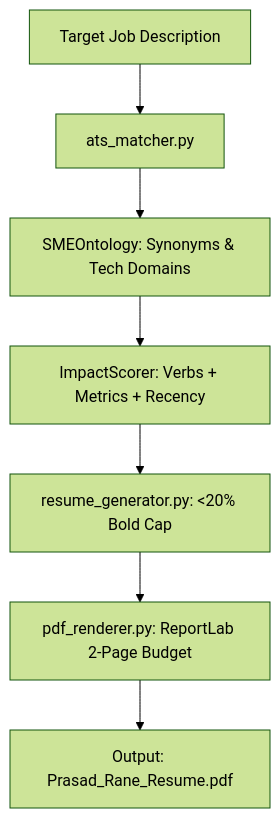
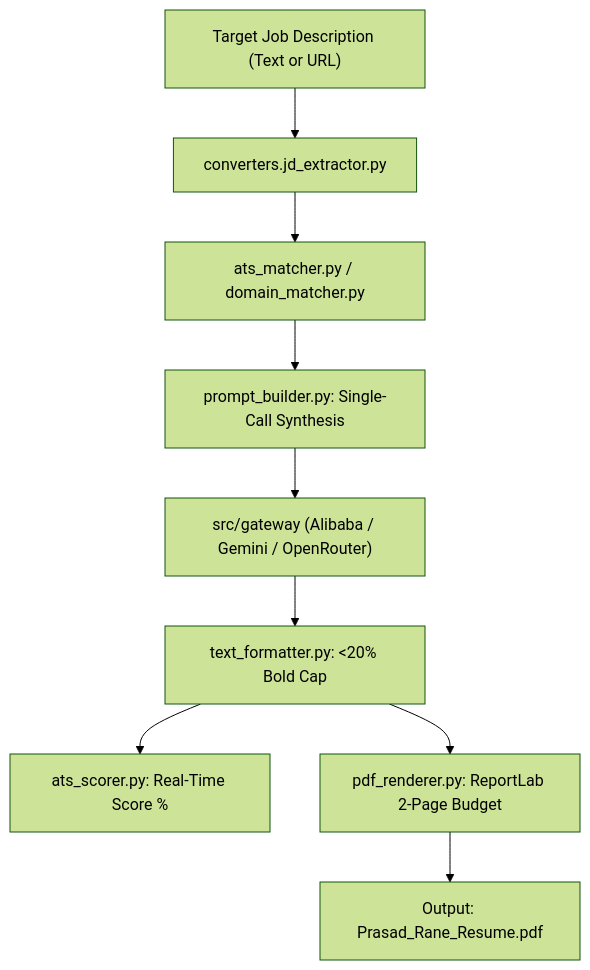
Before and after one commit to prasadrane/Prasad-Resumes-GraphRAG: the diagram in docs/hierarchical/src/generators/README.md, drawn with Mermaid (forest theme). The commit also changed other lines of this file and 45 other files, not shown here.

Commit message:
feat(refactor & ats): modularize resume generators, add real-time ATS scoring, JD URL extraction, and refresh architecture

````diff
--- a/docs/hierarchical/src/generators/README.md
+++ b/docs/hierarchical/src/generators/README.md
@@ -31,9 +40,11 @@
 ```mermaid
 flowchart TD
-    JD["Target Job Description"] --> ATS[ats_matcher.py]
-    ATS --> Onto[SMEOntology: Synonyms & Tech Domains]
-    Onto --> Scorer[ImpactScorer: Verbs + Metrics + Recency]
-    Scorer --> Gen[resume_generator.py: <20% Bold Cap]
-    Gen --> PDF[pdf_renderer.py: ReportLab 2-Page Budget]
+    JD["Target Job Description (Text or URL)"] --> Extractor[converters.jd_extractor.py]
+    Extractor --> ATS[ats_matcher.py / domain_matcher.py]
+    ATS --> Prompt[prompt_builder.py: Single-Call Synthesis]
+    Prompt --> Gateway["src/gateway (Alibaba / Gemini / OpenRouter)"]
+    Gateway --> Formatter[text_formatter.py: <20% Bold Cap]
+    Formatter --> Scorer[ats_scorer.py: Real-Time Score %]
+    Formatter --> PDF[pdf_renderer.py: ReportLab 2-Page Budget]
     PDF --> Out["Output: Prasad_Rane_Resume.pdf"]
 ```
````
